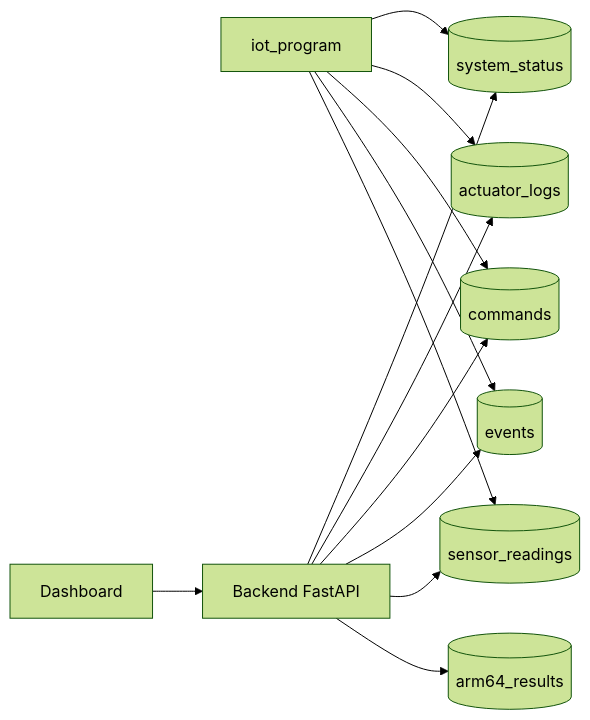
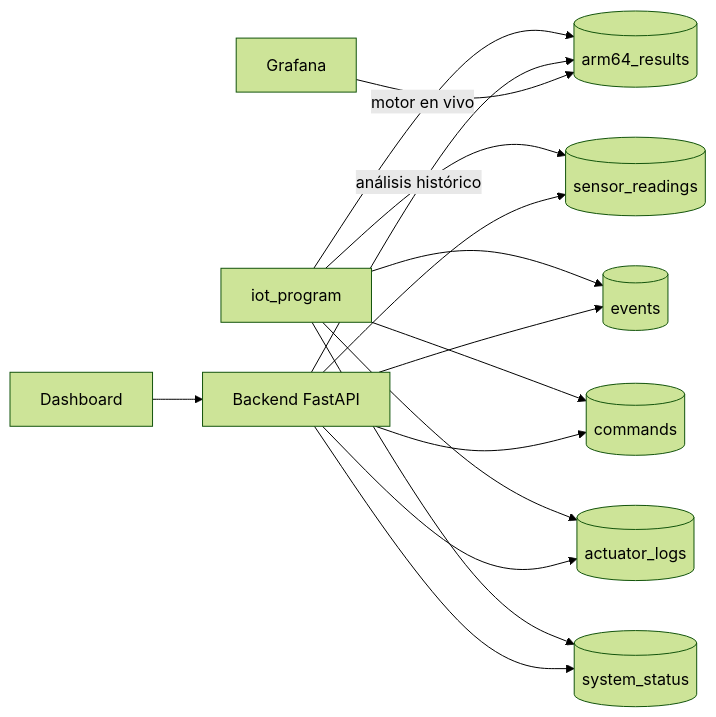
One commit to ricardious/ARQUI1V1S_G15 changed the diagram in Proyecto 2/docs/mongodb.md. Above: the diagram before and after it, drawn with Mermaid (forest theme). The commit also changed other lines of this file and 1 other file, not shown here.

````diff
--- a/Proyecto 2/docs/mongodb.md
+++ b/Proyecto 2/docs/mongodb.md
@@ -18,15 +18,17 @@
 ```mermaid
 flowchart LR
     IOT["iot_program"] --> SR[("sensor_readings")]
     IOT --> EV[("events")]
     IOT --> CM[("commands")]
     IOT --> AL[("actuator_logs")]
     IOT --> SS[("system_status")]
-    BE["Backend FastAPI"] --> AR[("arm64_results")]
+    IOT -->|motor en vivo| AR[("arm64_results")]
+    BE["Backend FastAPI"] -->|análisis histórico| AR
     BE --> SR
     BE --> EV
     BE --> CM
     BE --> AL
     BE --> SS
     DASH["Dashboard"] --> BE
+    GRAF["Grafana"] --> AR
 ```
````
